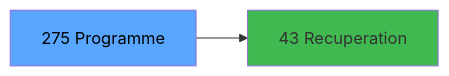
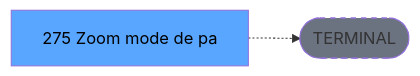
One commit to thonyAGP/lecteur-magic changed the third of 3 diagrams in .openspec/renders/ADH-IDE-275.md. Above: the diagram before and after it, drawn with Mermaid. The commit also changed other lines of this file and 701 other files, not shown here.

````diff
--- a/.openspec/renders/ADH-IDE-275.md
+++ b/.openspec/renders/ADH-IDE-275.md
@@ -150,8 +135,8 @@
 ```mermaid
 graph LR
-    T[275 Programme]
-    C43[43 Recuperation]
-    T --> C43
+    T[275 Zoom mode de pa]
+    TERM([TERMINAL])
+    T -.-> TERM
+    style TERM fill:#6b7280,stroke-dasharray: 5 5
     style T fill:#58a6ff,color:#000
-    style C43 fill:#3fb950
 ```
````
